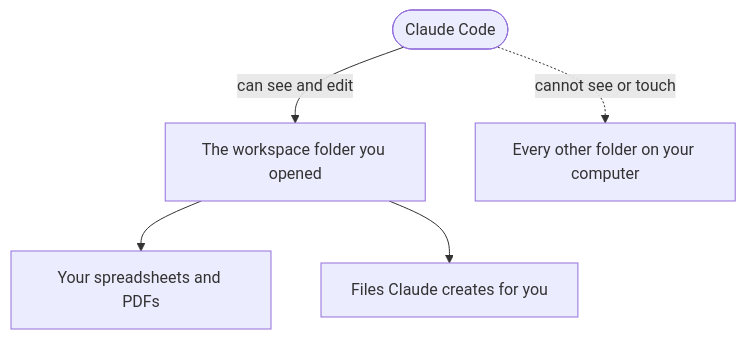
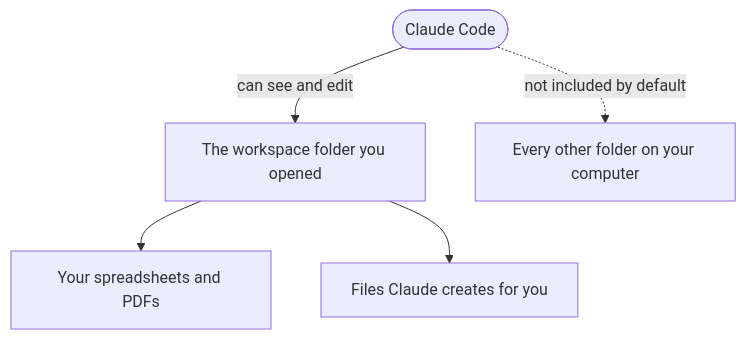
Before and after one commit to ianandersonlol/docs: the diagram in agentic-ai/claude-code/first-session/workspace.mdx, drawn with Mermaid. The commit also changed other lines of this file and 4 other files, not shown here.

````diff
--- a/agentic-ai/claude-code/first-session/workspace.mdx
+++ b/agentic-ai/claude-code/first-session/workspace.mdx
@@ -20,7 +20,7 @@
 ```mermaid
 graph TD
     C([Claude Code]) -->|can see and edit| W[The workspace folder you opened]
-    C -.->|cannot see or touch| O[Every other folder on your computer]
+    C -.->|not included by default| O[Every other folder on your computer]
     W --> F1[Your spreadsheets and PDFs]
     W --> F2[Files Claude creates for you]
 ```
````
